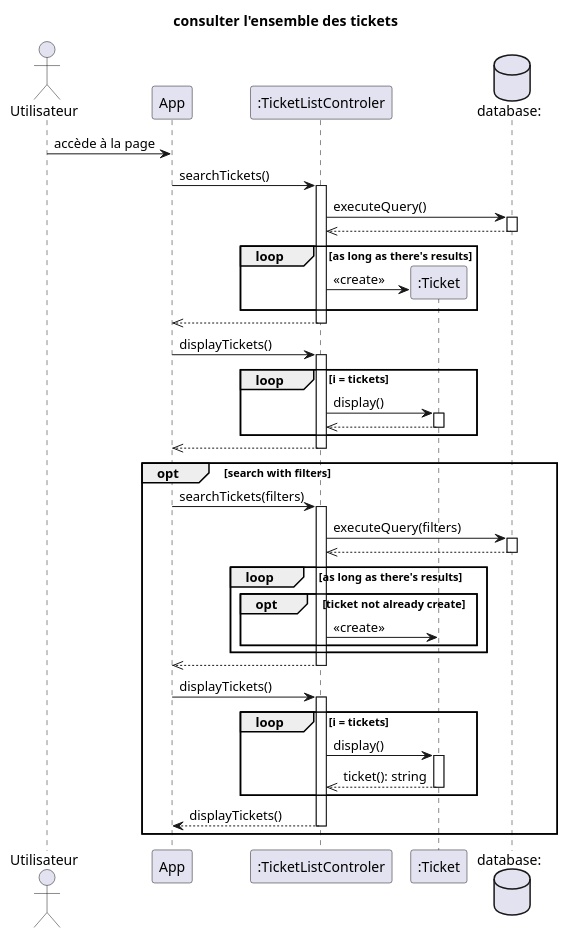
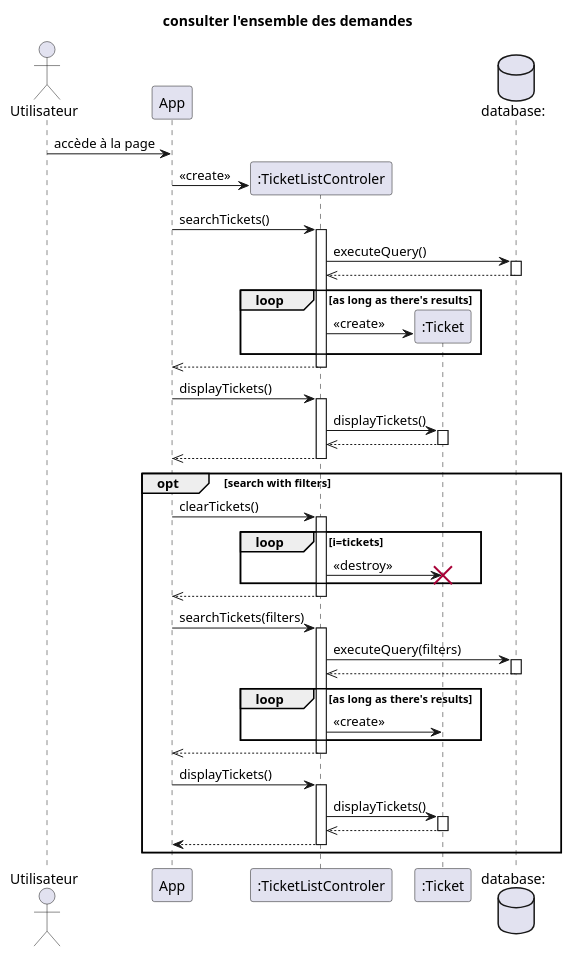
Before and after one commit to dorianleveque/CoHub: the diagram in docs/UML/consulter l'ensemble des tickets.puml, drawn with PlantUML. The commit also changed 1 other file, not shown here.

Commit message:
update diagrammes de consultations

```diff
--- a/docs/UML/consulter l'ensemble des tickets.puml
+++ b/docs/UML/consulter l'ensemble des tickets.puml
@@ -1,69 +1,74 @@
-@startuml consulter l'ensemble des tickets
-title consulter l'ensemble des tickets
+@startuml consulter l'ensemble des demandes
+title consulter l'ensemble des demandes
 
 actor client as "Utilisateur" order 1 
 participant app as "App" order 2 
-participant tlc as ":TicketListControler" order 3
 database bdd as "database:"  order 5
 
 client -> app :accède à la page 
+create tlc as ":TicketListControler" order 3
+app -> tlc : <<create>>
+
 app -> tlc : searchTickets() 
 activate tlc
 tlc -> bdd : executeQuery()
 activate bdd
 tlc <<-- bdd
 deactivate bdd
 
 loop as long as there's results
     create ticket as ":Ticket" order 4
     tlc -> ticket : <<create>>
 end
 app <<-- tlc
 deactivate tlc
 
 app -> tlc : displayTickets()
 activate tlc
 
-loop i = tickets
-tlc -> ticket : display()
+tlc -> ticket : displayTickets()
 activate ticket
 tlc <<-- ticket: 
 deactivate ticket
-end
+
 
 app <<-- tlc
 deactivate tlc
 
 opt search with filters
+    app -> tlc: clearTickets()
+    activate tlc
+    loop i=tickets
+        tlc -> ticket: <<destroy>>
+        destroy ticket
+    end
+    app <<-- tlc
+    deactivate tlc
+
     app -> tlc : searchTickets(filters) 
     activate tlc
     tlc -> bdd : executeQuery(filters)
     activate bdd
     tlc <<-- bdd
     deactivate bdd
 
     loop as long as there's results
-        opt ticket not already create
-            create ticket as ":Ticket" order 41
-            tlc -> ticket : <<create>>
-        end
-        
-        
+        tlc -> ticket : <<create>> 
+        create ticket as ":Ticket" order 4
     end
     app <<-- tlc
     deactivate tlc
 
     app -> tlc : displayTickets()
     activate tlc
-    loop i = tickets
-    tlc -> ticket : display()
+    tlc -> ticket : displayTickets()
     activate ticket
-    tlc <<-- ticket: ticket(): string
+    tlc <<-- ticket:
     deactivate ticket
-    end
-    app <-- tlc : displayTickets()
+    
+    app <-- tlc
     deactivate tlc
 end
 
 
 @enduml
```
